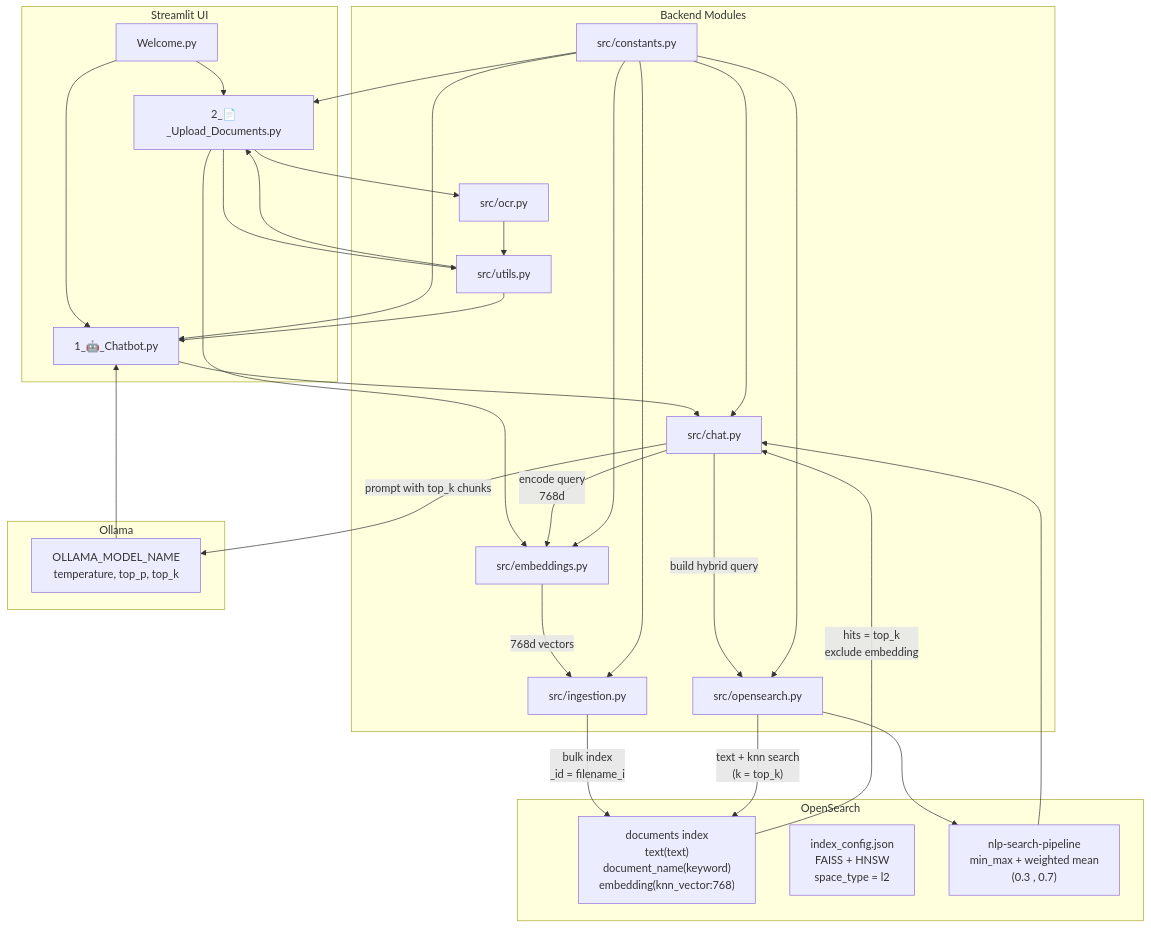
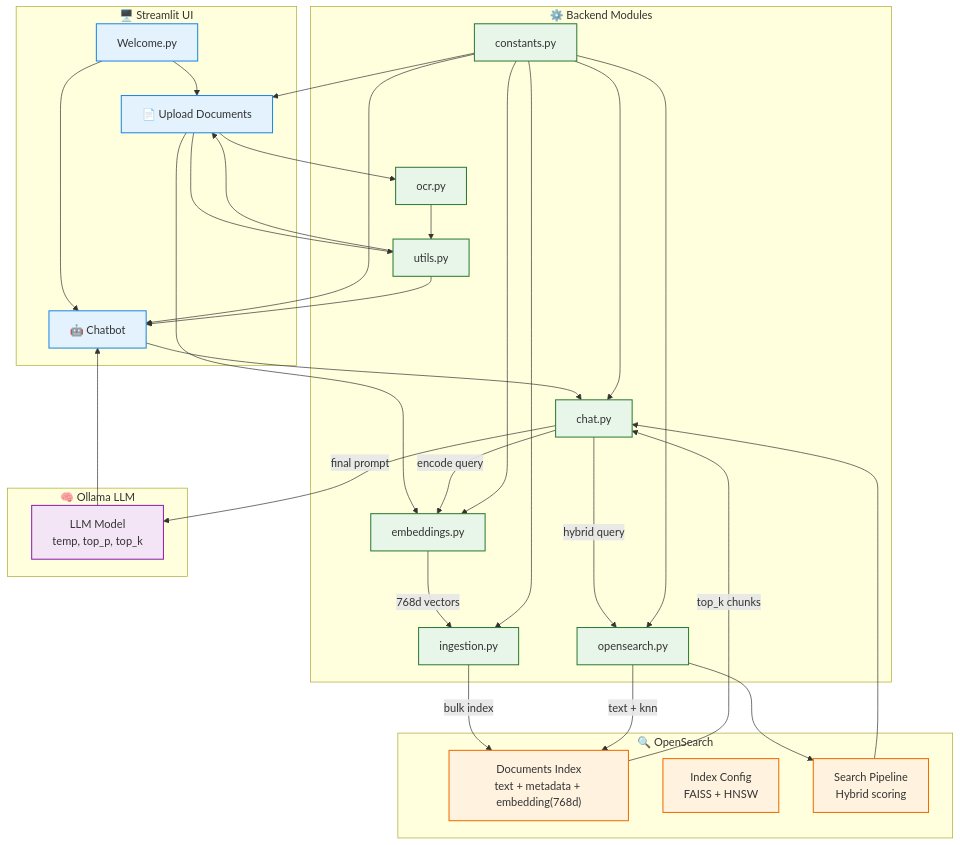
Before and after one commit to jagaputhran/agentic_ai: the first of 2 diagrams in README.md, drawn with Mermaid. The commit also changed other lines of this file, not shown here.

````diff
--- a/README.md
+++ b/README.md
@@ -474,55 +475,75 @@
 ```mermaid
 flowchart TD
-	subgraph UI["Streamlit UI"]
+	%% =======================
+	%% UI LAYER
+	%% =======================
+	subgraph UI["🖥️ Streamlit UI"]
 		W["Welcome.py"]
-		C["1_🤖_Chatbot.py"]
-		U["2_📄_Upload_Documents.py"]
+		C["🤖 Chatbot"]
+		U["📄 Upload Documents"]
 	end
 
-	subgraph Core["Backend Modules"]
-		CHAT["src/chat.py"]
-		EMB["src/embeddings.py"]
-		OS["src/opensearch.py"]
-		ING["src/ingestion.py"]
-		OCR["src/ocr.py"]
-		UT["src/utils.py"]
-		CN["src/constants.py"]
+	%% =======================
+	%% BACKEND CORE
+	%% =======================
+	subgraph Core["⚙️ Backend Modules"]
+		CHAT["chat.py"]
+		EMB["embeddings.py"]
+		OS["opensearch.py"]
+		ING["ingestion.py"]
+		OCR["ocr.py"]
+		UT["utils.py"]
+		CN["constants.py"]
 	end
 
-	subgraph OpenSearch["OpenSearch"]
-		IDX["documents index<br/>text(text)<br/>document_name(keyword)<br/>embedding(knn_vector:768)"]
-		MAP["index_config.json<br/>FAISS + HNSW<br/>space_type = l2"]
-		PIPE["nlp-search-pipeline<br/>min_max + weighted mean<br/>(0.3 , 0.7)"]
+	%% =======================
+	%% OPENSEARCH
+	%% =======================
+	subgraph OpenSearch["🔍 OpenSearch"]
+		IDX["Documents Index<br/>text + metadata + embedding(768d)"]
+		MAP["Index Config<br/>FAISS + HNSW"]
+		PIPE["Search Pipeline<br/>Hybrid scoring"]
 	end
 
-	subgraph LLM["Ollama"]
-		MODEL["OLLAMA_MODEL_NAME<br/>temperature, top_p, top_k"]
+	%% =======================
+	%% LLM
+	%% =======================
+	subgraph LLM["🧠 Ollama LLM"]
+		MODEL["LLM Model<br/>temp, top_p, top_k"]
 	end
 
-	%% UI navigation
+	%% =======================
+	%% UI NAVIGATION
+	%% =======================
 	W --> C
 	W --> U
 
-	%% Upload flow
+	%% =======================
+	%% INGESTION FLOW
+	%% =======================
 	U --> UT
 	U --> OCR
 	OCR --> UT
 	U --> EMB
 	EMB -->|"768d vectors"| ING
-	ING -->|"bulk index<br/>_id = filename_i"| IDX
+	ING -->|"bulk index"| IDX
 
-	%% Chat flow
+	%% =======================
+	%% CHAT FLOW
+	%% =======================
 	C --> CHAT
-	CHAT -->|"encode query<br/>768d"| EMB
-	CHAT -->|"build hybrid query"| OS
-	OS -->|"text + knn search<br/>(k = top_k)"| IDX
+	CHAT -->|"encode query"| EMB
+	CHAT -->|"hybrid query"| OS
+	OS -->|"text + knn"| IDX
 	OS --> PIPE
 	PIPE --> CHAT
-	IDX -->|"hits = top_k<br/>exclude embedding"| CHAT
-	CHAT -->|"prompt with top_k chunks"| MODEL
+	IDX -->|"top_k chunks"| CHAT
+	CHAT -->|"final prompt"| MODEL
 	MODEL --> C
 
-	%% Config & utilities
+	%% =======================
+	%% CONFIG & UTILITIES
+	%% =======================
 	CN --> CHAT
 	CN --> EMB
 	CN --> OS
@@ -531,4 +552,18 @@
 	CN --> C
 	UT --> C
 	UT --> U
+
+	%% =======================
+	%% STYLES
+	%% =======================
+	classDef ui fill:#E3F2FD,stroke:#1E88E5,stroke-width:1.5px;
+	classDef core fill:#E8F5E9,stroke:#2E7D32,stroke-width:1.5px;
+	classDef search fill:#FFF3E0,stroke:#EF6C00,stroke-width:1.5px;
+	classDef llm fill:#F3E5F5,stroke:#8E24AA,stroke-width:1.5px;
+
+	class W,C,U ui
+	class CHAT,EMB,OS,ING,OCR,UT,CN core
+	class IDX,MAP,PIPE search
+	class MODEL llm
+
 ```
````
